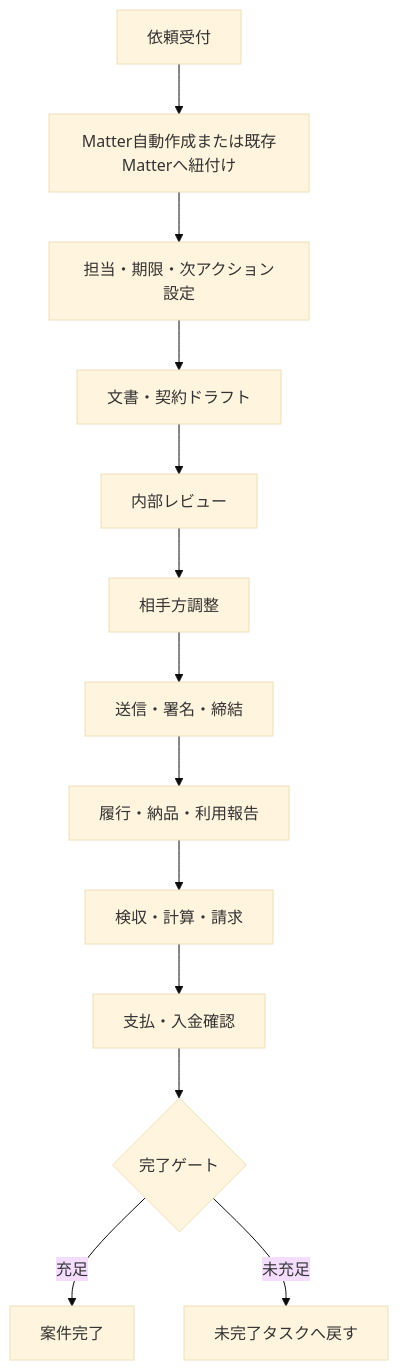
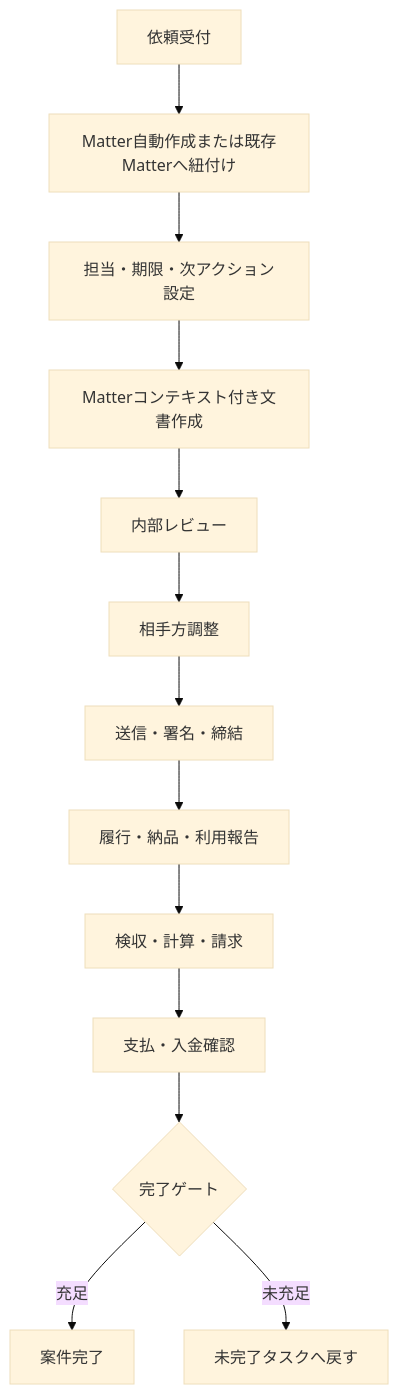
One commit to tatsuyakuramchi/LegalBridge_AI_GCP changed the first of 3 diagrams in docs/plans/legalbridge-remediation-plan-20260714.md. Above: the diagram before and after it, drawn with Mermaid (base theme). The commit also changed other lines of this file, not shown here.

````diff
--- a/docs/plans/legalbridge-remediation-plan-20260714.md
+++ b/docs/plans/legalbridge-remediation-plan-20260714.md
@@ -84,15 +158,15 @@
 ```mermaid
 flowchart TD
     A[依頼受付] --> B[Matter自動作成または既存Matterへ紐付け]
     B --> C[担当・期限・次アクション設定]
-    C --> D[文書・契約ドラフト]
+    C --> D[Matterコンテキスト付き文書作成]
     D --> E[内部レビュー]
     E --> F[相手方調整]
     F --> G[送信・署名・締結]
     G --> H[履行・納品・利用報告]
     H --> I[検収・計算・請求]
     I --> J[支払・入金確認]
     J --> K{完了ゲート}
     K -->|充足| L[案件完了]
     K -->|未充足| M[未完了タスクへ戻す]
 ```
````
